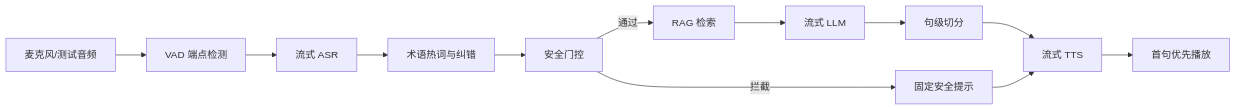
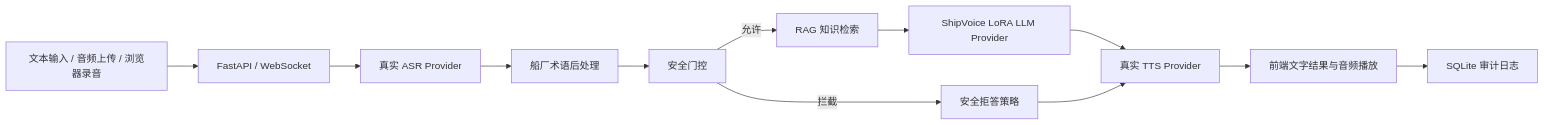
One commit to L-Dramatic/ShipVoice changed the diagram in docs/ARCHITECTURE.md. Above: the diagram before and after it, drawn with Mermaid. The commit also changed other lines of this file and 86 other files, not shown here.

Commit message:
ShipVoice real LoRA validation stack

````diff
--- a/docs/ARCHITECTURE.md
+++ b/docs/ARCHITECTURE.md
@@ -5,14 +5,14 @@
 ```mermaid
 flowchart LR
-  A["麦克风/测试音频"] --> B["VAD 端点检测"]
-  B --> C["流式 ASR"]
-  C --> D["术语热词与纠错"]
+  A["文本输入 / 音频上传 / 浏览器录音"] --> B["FastAPI / WebSocket"]
+  B --> C["真实 ASR Provider"]
+  C --> D["船厂术语后处理"]
   D --> E["安全门控"]
-  E -->|通过| F["RAG 检索"]
-  F --> G["流式 LLM"]
-  G --> H["句级切分"]
-  H --> I["流式 TTS"]
-  I --> J["首句优先播放"]
-  E -->|拦截| K["固定安全提示"]
-  K --> I
+  E -->|允许| F["RAG 知识检索"]
+  F --> G["ShipVoice LoRA LLM Provider"]
+  E -->|拦截| H["安全拒答策略"]
+  G --> I["真实 TTS Provider"]
+  H --> I
+  I --> J["前端文字结果与音频播放"]
+  J --> K["SQLite 审计日志"]
 ```
````
